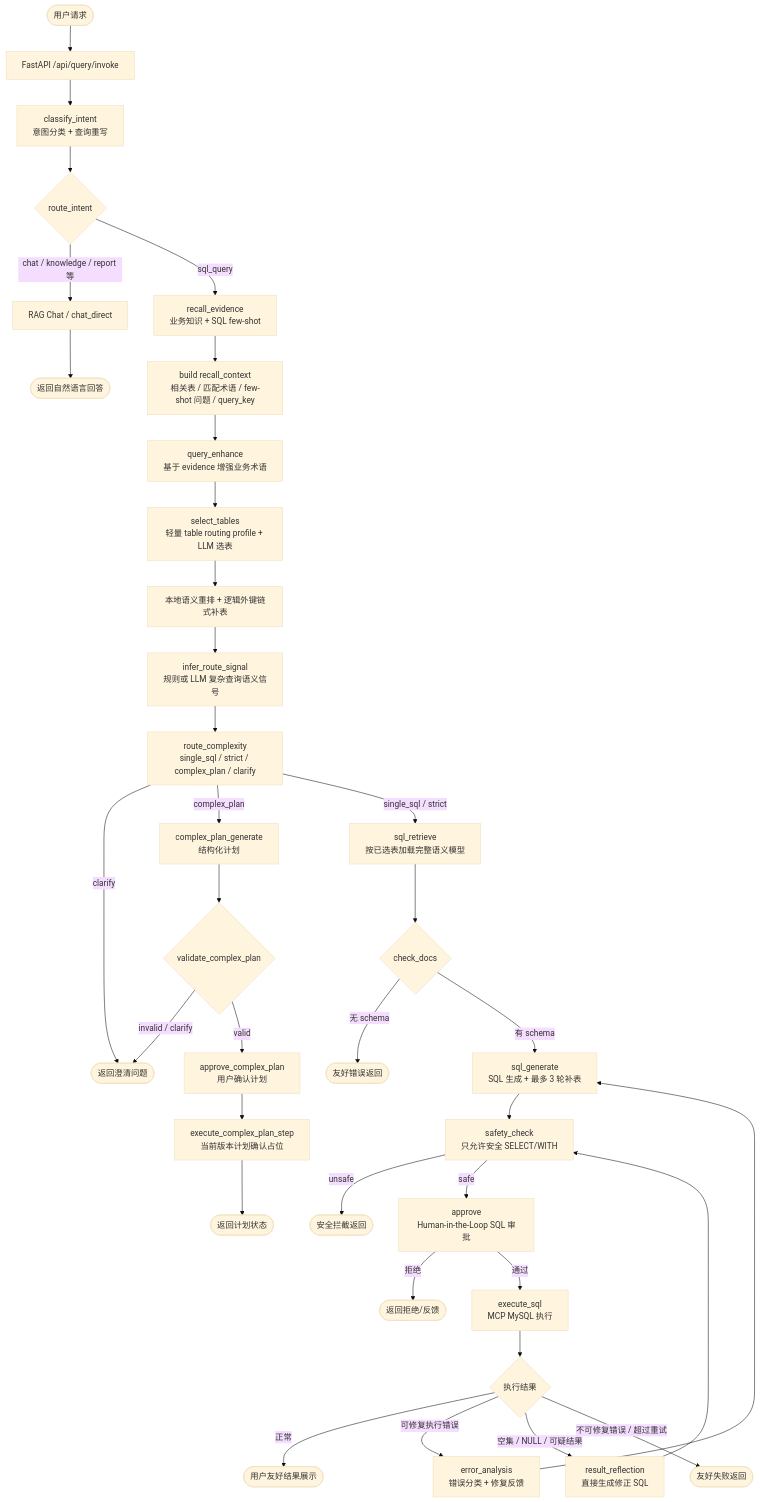
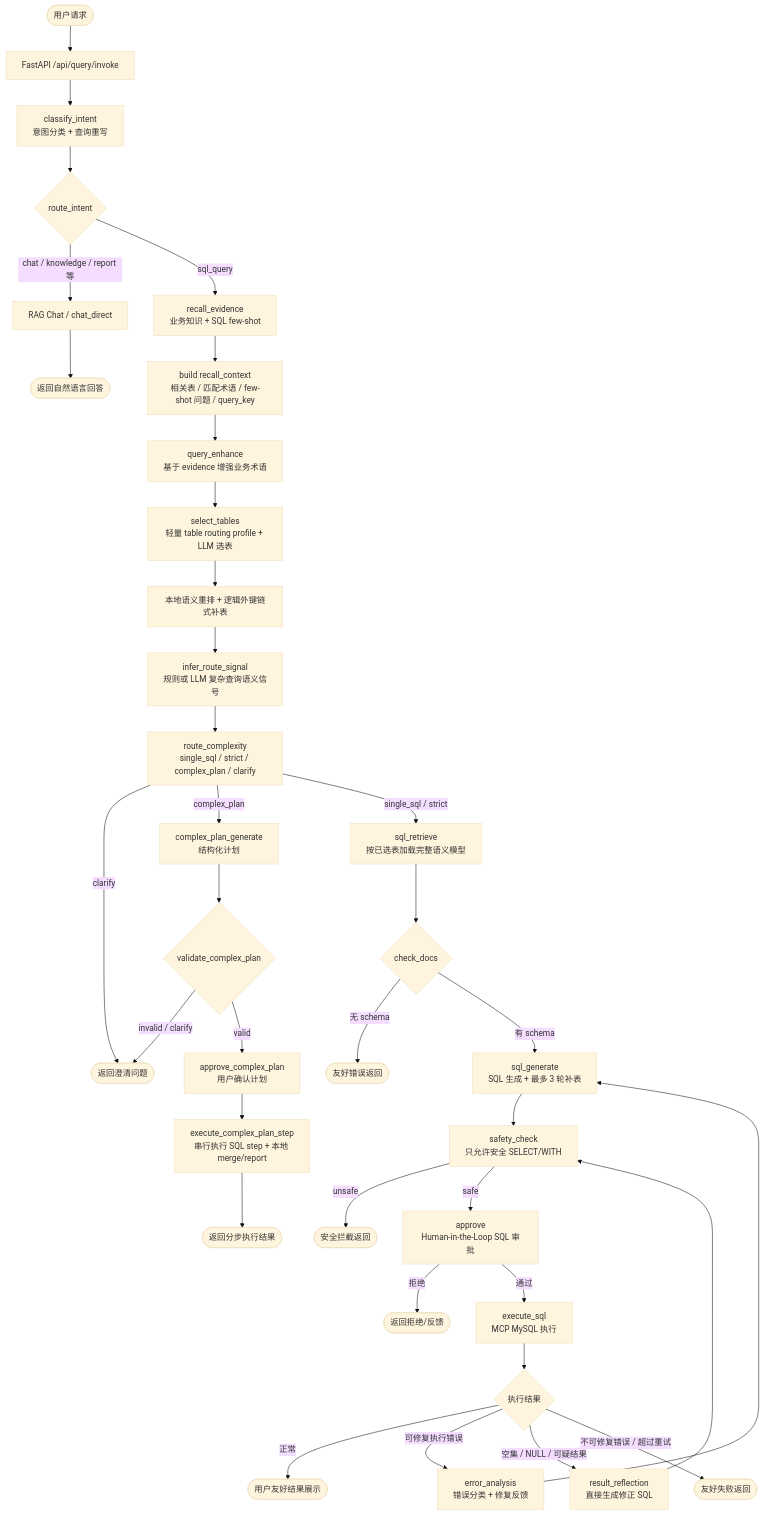
One commit to liangyuzhe/agent-platform-py changed the first of 2 diagrams in README.md. Above: the diagram before and after it, drawn with Mermaid (base theme). The commit also changed other lines of this file and 5 other files, not shown here.

Commit message:
feat: execute complex query plans

````diff
--- a/README.md
+++ b/README.md
@@ -71,43 +71,43 @@
 ```mermaid
 flowchart TD
     Start([用户请求]) --> API[FastAPI /api/query/invoke]
     API --> Classify[classify_intent<br/>意图分类 + 查询重写]
     Classify --> Route{route_intent}
 
     Route -->|chat / knowledge / report 等| RagChat[RAG Chat / chat_direct]
     RagChat --> ChatEnd([返回自然语言回答])
 
     Route -->|sql_query| Recall[recall_evidence<br/>业务知识 + SQL few-shot]
     Recall --> RecallCtx[build recall_context<br/>相关表 / 匹配术语 / few-shot 问题 / query_key]
     RecallCtx --> Enhance[query_enhance<br/>基于 evidence 增强业务术语]
     Enhance --> Select[select_tables<br/>轻量 table routing profile + LLM 选表]
     Select --> Rerank[本地语义重排 + 逻辑外键链式补表]
     Rerank --> Signal[infer_route_signal<br/>规则或 LLM 复杂查询语义信号]
     Signal --> Complexity[route_complexity<br/>single_sql / strict / complex_plan / clarify]
 
     Complexity -->|clarify| Clarify([返回澄清问题])
     Complexity -->|complex_plan| PlanGen[complex_plan_generate<br/>结构化计划]
     PlanGen --> PlanCheck{validate_complex_plan}
     PlanCheck -->|invalid / clarify| Clarify
     PlanCheck -->|valid| PlanApprove[approve_complex_plan<br/>用户确认计划]
-    PlanApprove --> PlanExec[execute_complex_plan_step<br/>当前版本计划确认占位]
-    PlanExec --> PlanEnd([返回计划状态])
+    PlanApprove --> PlanExec[execute_complex_plan_step<br/>串行执行 SQL step + 本地 merge/report]
+    PlanExec --> PlanEnd([返回分步执行结果])
 
     Complexity -->|single_sql / strict| Retrieve[sql_retrieve<br/>按已选表加载完整语义模型]
     Retrieve --> CheckDocs{check_docs}
     CheckDocs -->|无 schema| NoSchema([友好错误返回])
     CheckDocs -->|有 schema| Generate[sql_generate<br/>SQL 生成 + 最多 3 轮补表]
     Generate --> Safety[safety_check<br/>只允许安全 SELECT/WITH]
     Safety -->|unsafe| Unsafe([安全拦截返回])
     Safety -->|safe| Approve[approve<br/>Human-in-the-Loop SQL 审批]
     Approve -->|拒绝| Rejected([返回拒绝/反馈])
     Approve -->|通过| Execute[execute_sql<br/>MCP MySQL 执行]
 
     Execute --> ExecRoute{执行结果}
     ExecRoute -->|正常| Done([用户友好结果展示])
     ExecRoute -->|可修复执行错误| ErrorAnalysis[error_analysis<br/>错误分类 + 修复反馈]
     ErrorAnalysis --> Generate
     ExecRoute -->|空集 / NULL / 可疑结果| Reflection[result_reflection<br/>直接生成修正 SQL]
     Reflection --> Safety
     ExecRoute -->|不可修复错误 / 超过重试| Failed([友好失败返回])
 ```
````
